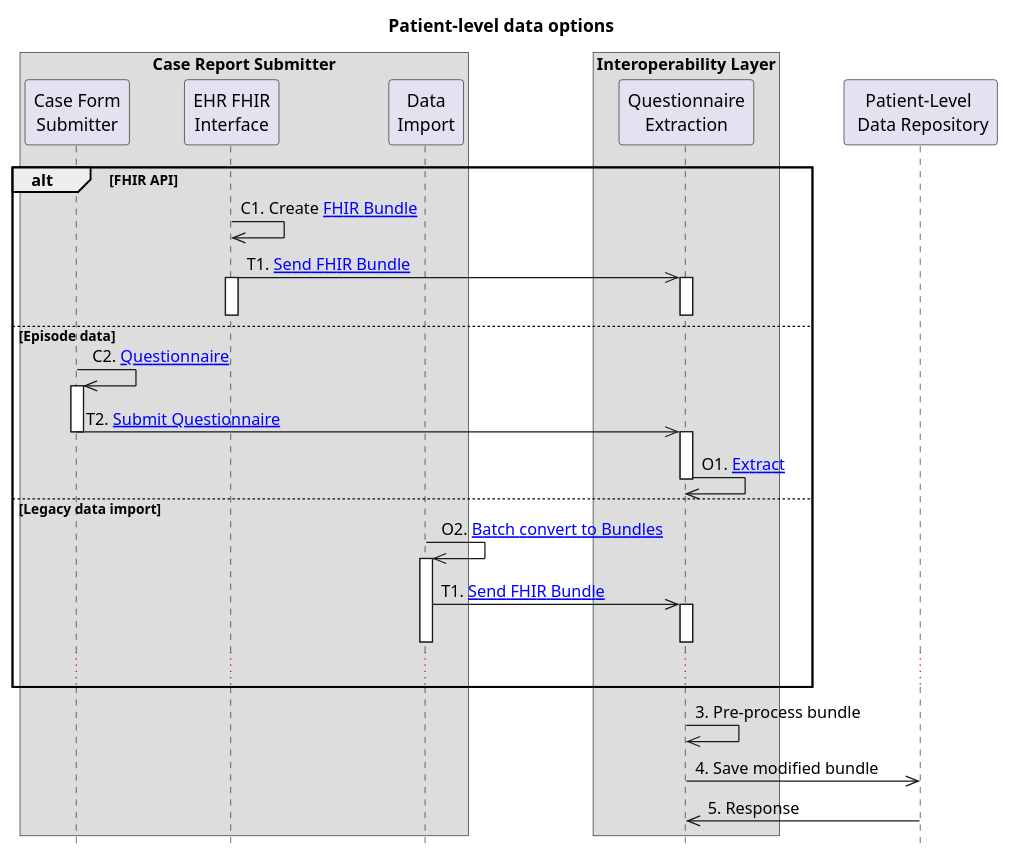
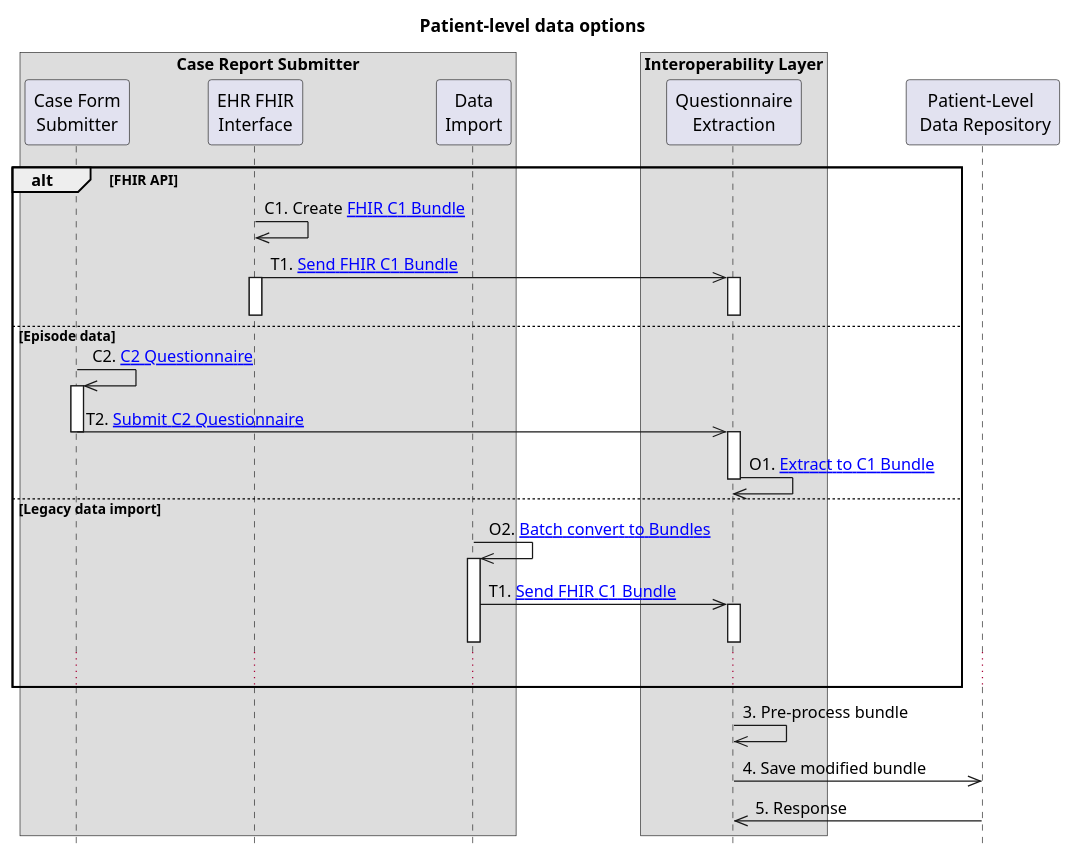
One commit to costateixeira/cr-architecture changed the second of 2 diagrams in docs/overview.md. Above: the diagram before and after it, drawn with PlantUML. The commit also changed other lines of this file, not shown here.

Commit message:
update overview

```diff
--- a/docs/overview.md
+++ b/docs/overview.md
@@ -41,43 +41,43 @@
 @startuml
 hide footbox
 title Patient-level data options
     box Case Report Submitter
       participant "Case Form\nSubmitter" as POC1
       participant "EHR FHIR\nInterface" as POC2
       participant "Data\nImport" as POC3
     end box
     box Interoperability Layer
         participant "Questionnaire\nExtraction" as IOL
     end box
     participant "Patient-Level \n Data Repository" as R
 
     alt FHIR API
-      POC2->>POC2: C1. Create [[./content-1.html FHIR Bundle]]
-      POC2->>IOL: T1. [[./transaction-1.html{Transaction 1 specifications} Send FHIR Bundle]]
+      POC2->>POC2: C1. Create [[./content-1.html FHIR C1 Bundle]]
+      POC2->>IOL: T1. [[./transaction-1.html{Transaction 1 specifications} Send FHIR C1 Bundle]]
       activate IOL
       activate POC2
       deactivate POC2
       deactivate IOL
     else Episode data
-      POC1->>POC1: C2. [[./content-2.html Questionnaire]]
+      POC1->>POC1: C2. [[./content-2.html C2 Questionnaire]]
       activate POC1
-      POC1->>IOL: T2. [[./transaction-2.html Submit Questionnaire]]
+      POC1->>IOL: T2. [[./transaction-2.html Submit C2 Questionnaire]]
       deactivate POC1
       activate IOL
-      IOL->>IOL: O1. [[./operation-1.html Extract]]
+      IOL->>IOL: O1. [[./operation-1.html Extract to C1 Bundle]]
       deactivate IOL
 
     else Legacy data import
       POC3->>POC3: O2. [[./operation-2.html Batch convert to Bundles]]
       activate POC3
-      POC3->>IOL: T1. [[./transaction-1.html{Transaction 1 specifications} Send FHIR Bundle]]
+      POC3->>IOL: T1. [[./transaction-1.html{Transaction 1 specifications} Send FHIR C1 Bundle]]
       activate IOL
       deactivate POC3
       deactivate IOL
       ...
     end
 
     IOL->>IOL: 3. Pre-process bundle
     IOL->>R: 4. Save modified bundle
     R->>IOL: 5. Response
 @enduml
```
